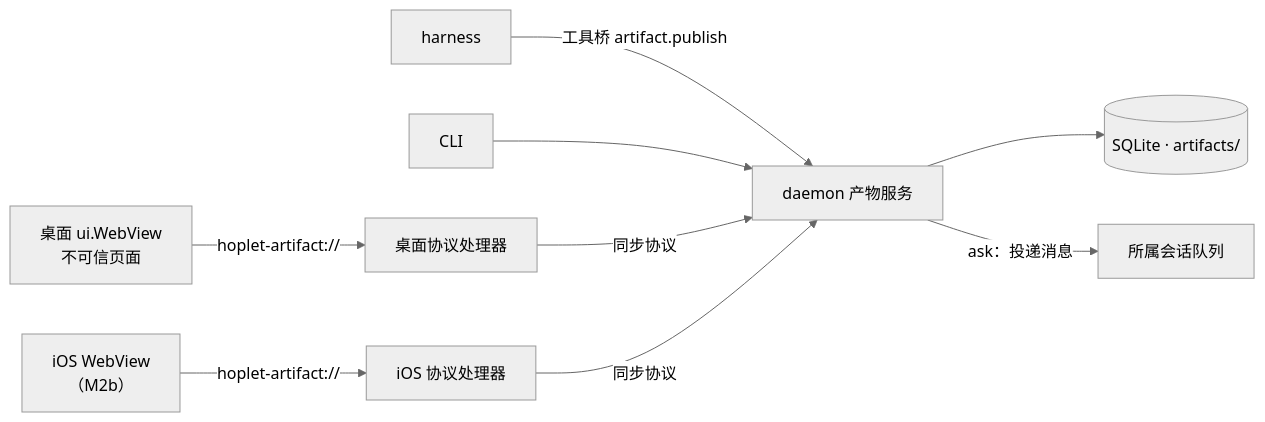
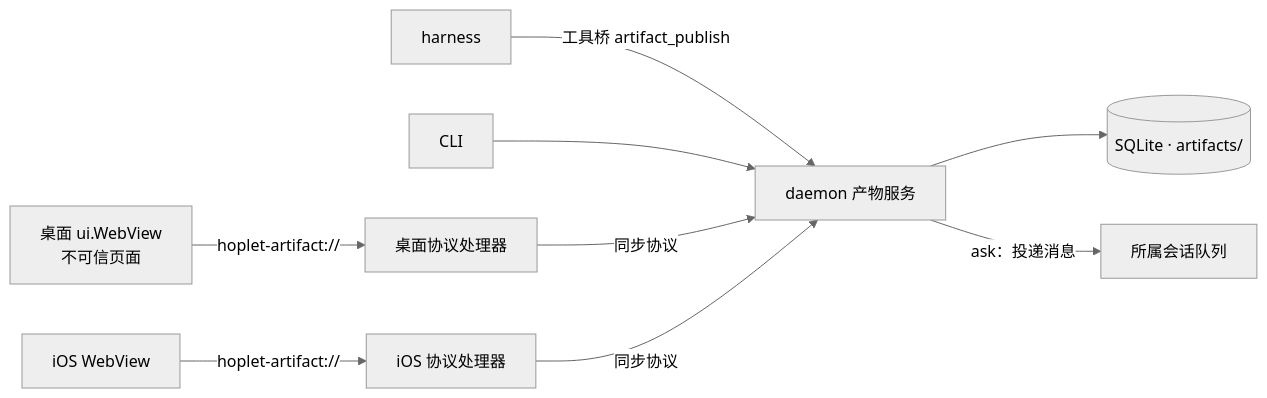
The diagram in docs/design/0025-artifacts.md (yangflow/hoplet), drawn with Mermaid (neutral theme) before and after one commit. The commit also changed other lines of this file and 16 other files, not shown here.

````diff
--- a/docs/design/0025-artifacts.md
+++ b/docs/design/0025-artifacts.md
@@ -15,11 +15,11 @@
 ```mermaid
 flowchart LR
-    Harness["harness"] -- "工具桥 artifact.publish" --> Service["daemon 产物服务"]
+    Harness["harness"] -- "工具桥 artifact_publish" --> Service["daemon 产物服务"]
     CLI["CLI"] --> Service
     Service --> Store[("SQLite · artifacts/")]
     Desk["桌面 ui.WebView<br/>不可信页面"] -- "hoplet-artifact://" --> DH["桌面协议处理器"]
-    Phone["iOS WebView<br/>（M2b）"] -- "hoplet-artifact://" --> IH["iOS 协议处理器"]
+    Phone["iOS WebView"] -- "hoplet-artifact://" --> IH["iOS 协议处理器"]
     DH -- "同步协议" --> Service
     IH -- "同步协议" --> Service
     Service -- "ask：投递消息" --> Queue["所属会话队列"]
 ```
````
